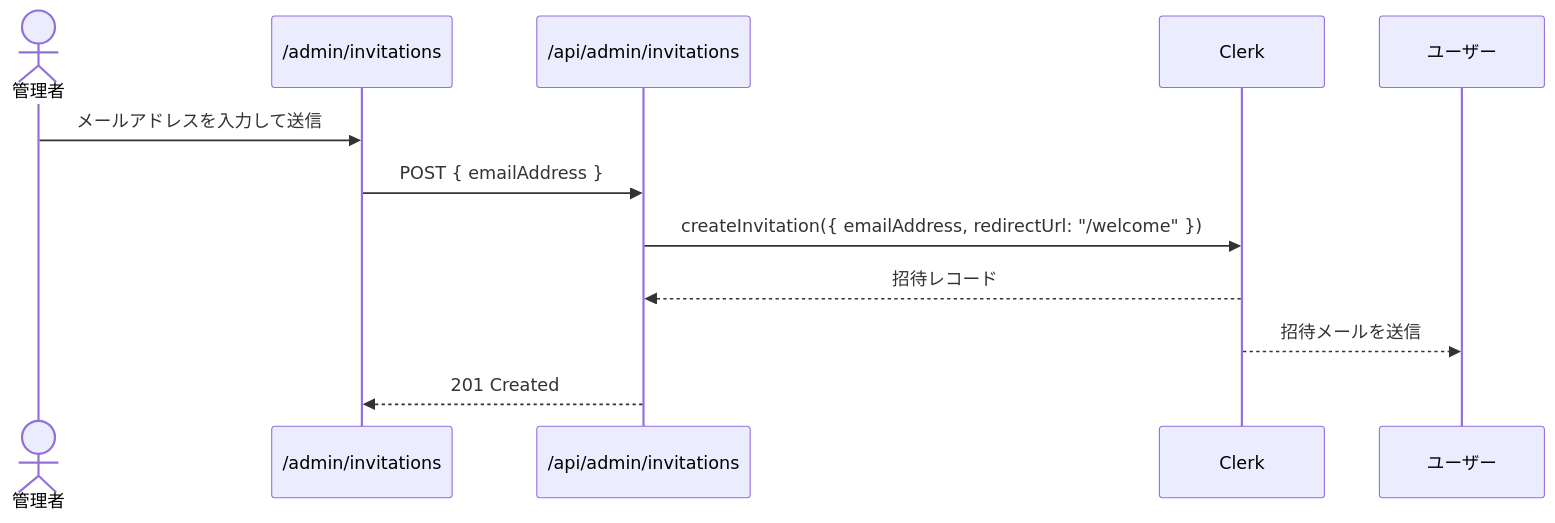
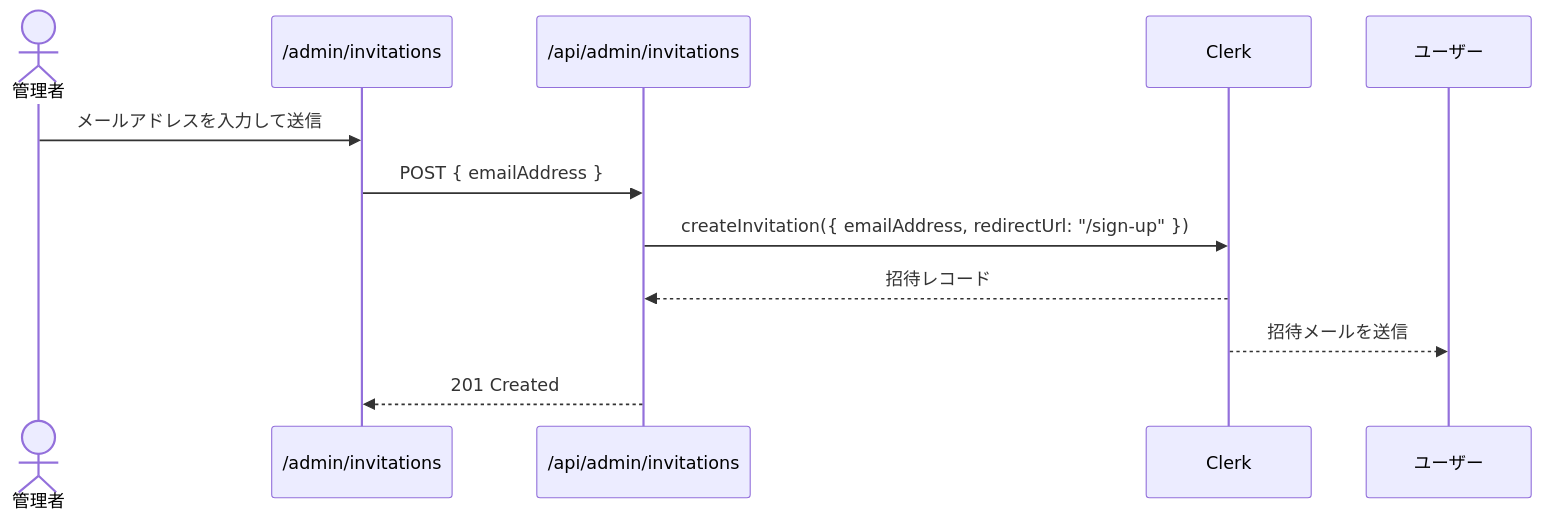
Before and after one commit to wknd-studio/brand-closed-ec: the second of 6 diagrams in docs/signup-flow.md, drawn with Mermaid. The commit also changed other lines of this file and 19 other files, not shown here.

````diff
--- a/docs/signup-flow.md
+++ b/docs/signup-flow.md
@@ -54,14 +54,14 @@
 ```mermaid
 sequenceDiagram
     actor 管理者
     participant Admin as /admin/invitations
     participant API as /api/admin/invitations
     participant Clerk
 
     管理者->>Admin: メールアドレスを入力して送信
     Admin->>API: POST { emailAddress }
-    API->>Clerk: createInvitation({ emailAddress, redirectUrl: "/welcome" })
+    API->>Clerk: createInvitation({ emailAddress, redirectUrl: "/sign-up" })
     Clerk-->>API: 招待レコード
     Clerk-->>ユーザー: 招待メールを送信
     API-->>Admin: 201 Created
 ```
````
